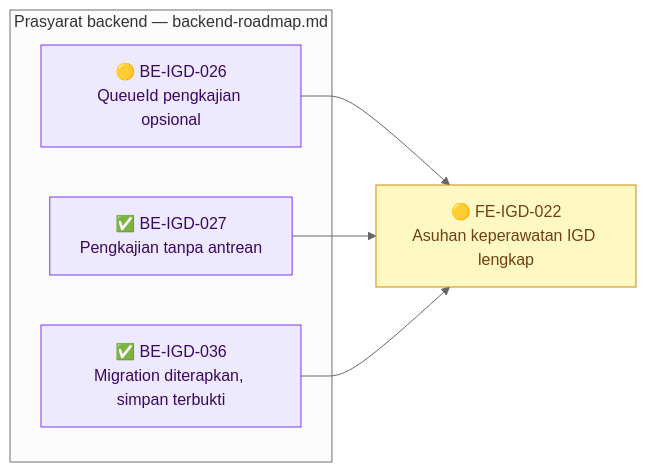
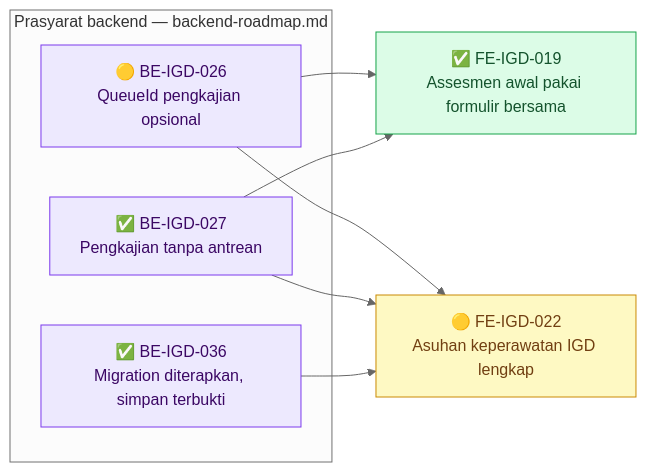
One commit to DevBenari/NewQuilvianSystemBackend changed the fifth of 6 diagrams in docs/module-blueprints/igd/roadmap/frontend-roadmap.md. Above: the diagram before and after it, drawn with Mermaid (neutral theme). The commit also changed other lines of this file and 19 other files, not shown here.

````diff
--- a/docs/module-blueprints/igd/roadmap/frontend-roadmap.md
+++ b/docs/module-blueprints/igd/roadmap/frontend-roadmap.md
@@ -518,20 +528,23 @@
 ```mermaid
 flowchart LR
     classDef selesai fill:#DCFCE7,stroke:#16A34A,color:#14532D
     classDef sebagian fill:#FEF9C3,stroke:#CA8A04,color:#713F12
     classDef terblokir fill:#FEE2E2,stroke:#DC2626,color:#7F1D1D
     classDef belum fill:#F1F5F9,stroke:#64748B,color:#0F172A
     classDef luar fill:#EDE9FE,stroke:#7C3AED,color:#3B0764
 
     subgraph backend["Prasyarat backend — backend-roadmap.md"]
         BEIGD026["🟡 BE-IGD-026<br/>QueueId pengkajian opsional"]:::luar
         BEIGD027["✅ BE-IGD-027<br/>Pengkajian tanpa antrean"]:::luar
         BEIGD036["✅ BE-IGD-036<br/>Migration diterapkan, simpan terbukti"]:::luar
     end
 
+    FEIGD019["✅ FE-IGD-019<br/>Assesmen awal pakai formulir bersama"]:::selesai
     FEIGD022["🟡 FE-IGD-022<br/>Asuhan keperawatan IGD lengkap"]:::sebagian
 
+    BEIGD026 --> FEIGD019
+    BEIGD027 --> FEIGD019
     BEIGD026 --> FEIGD022
     BEIGD027 --> FEIGD022
     BEIGD036 --> FEIGD022
 ```
````
